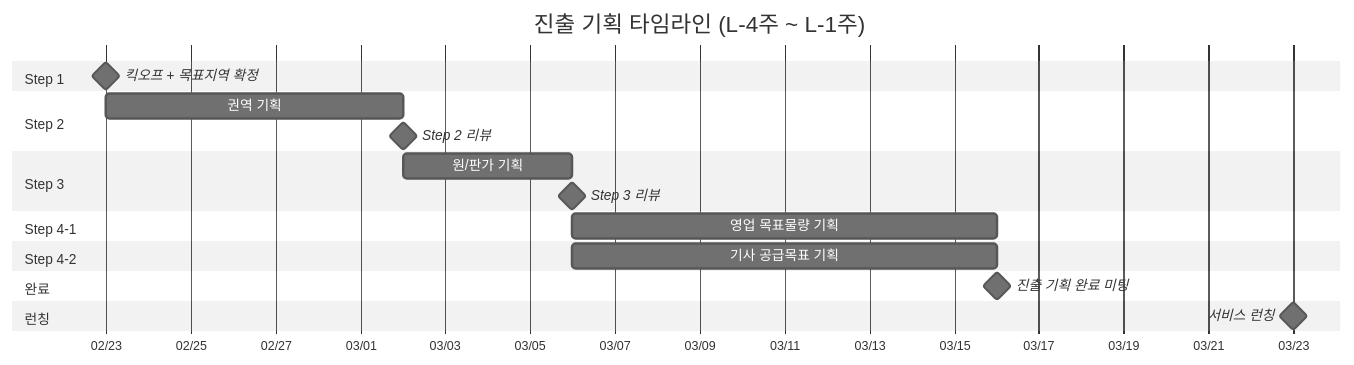
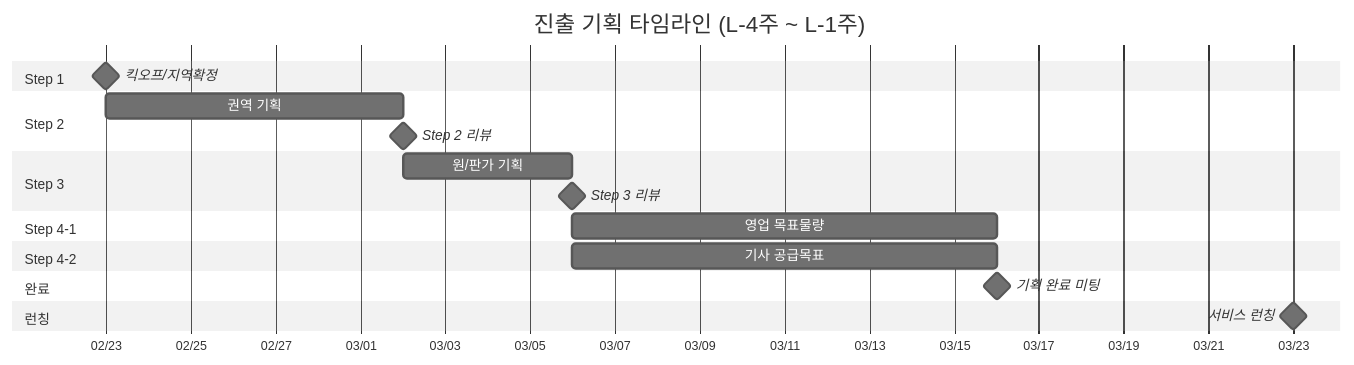
The second of 2 diagrams in projects/260324_신사업_운영_sop/신사업_운영_sop.md (Jae-Hyoung-an/ai-staff), drawn with Mermaid (neutral theme) before and after one commit. The commit also changed other lines of this file and 18 other files, not shown here.

````diff
--- a/projects/260324_신사업_운영_sop/신사업_운영_sop.md
+++ b/projects/260324_신사업_운영_sop/신사업_운영_sop.md
@@ -512,29 +526,29 @@
 ```mermaid
 gantt
     title 진출 기획 타임라인 (L-4주 ~ L-1주)
     dateFormat YYYY-MM-DD
     axisFormat %m/%d
 
     section Step 1
-    킥오프 + 목표지역 확정      :milestone, m1, 2026-02-23, 0d
+    킥오프/지역확정            :milestone, m1, 2026-02-23, 0d
 
     section Step 2
-    권역 기획                  :s2, 2026-02-23, 7d
+    권역 기획                 :s2, 2026-02-23, 7d
     Step 2 리뷰               :milestone, m3, after s2, 0d
 
     section Step 3
-    원/판가 기획               :s3, after s2, 4d
+    원/판가 기획              :s3, after s2, 4d
     Step 3 리뷰               :milestone, m4, after s3, 0d
 
     section Step 4-1
-    영업 목표물량 기획          :s4a, after s3, 10d
+    영업 목표물량             :s4a, after s3, 10d
 
     section Step 4-2
-    기사 공급목표 기획          :s4b, after s3, 10d
+    기사 공급목표             :s4b, after s3, 10d
 
     section 완료
-    진출 기획 완료 미팅         :milestone, m6, after s4a, 0d
+    기획 완료 미팅            :milestone, m6, after s4a, 0d
 
     section 런칭
     서비스 런칭                :milestone, m7, 2026-03-23, 0d
 ```
````
